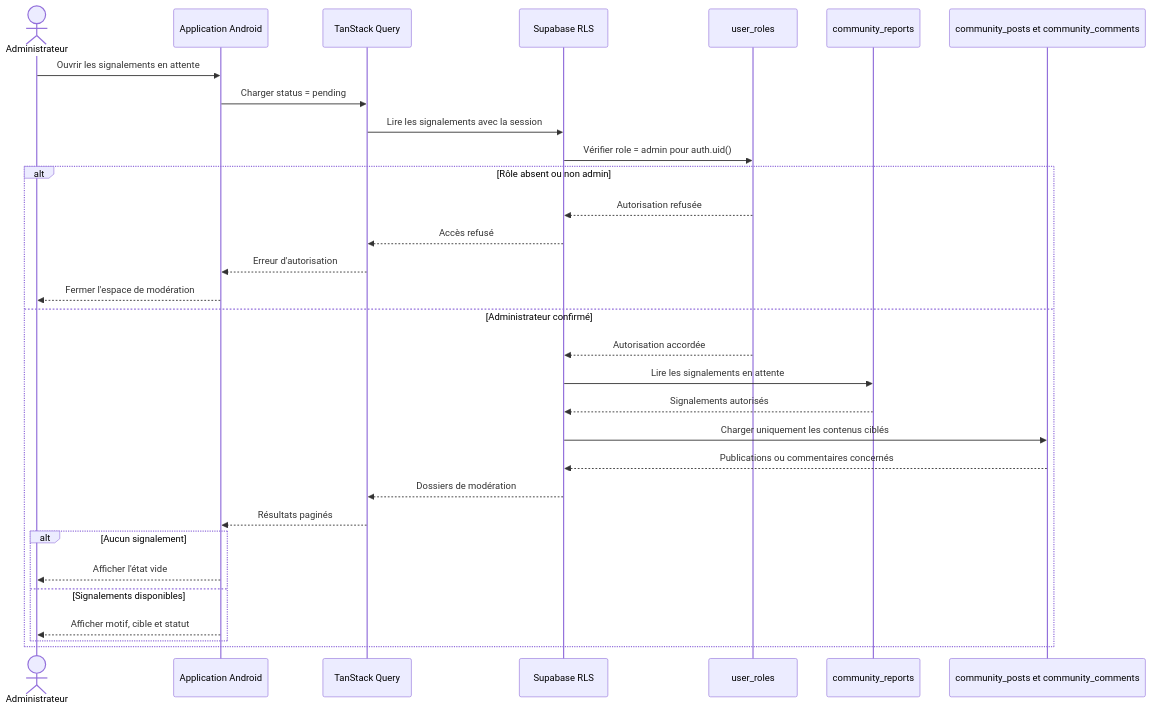
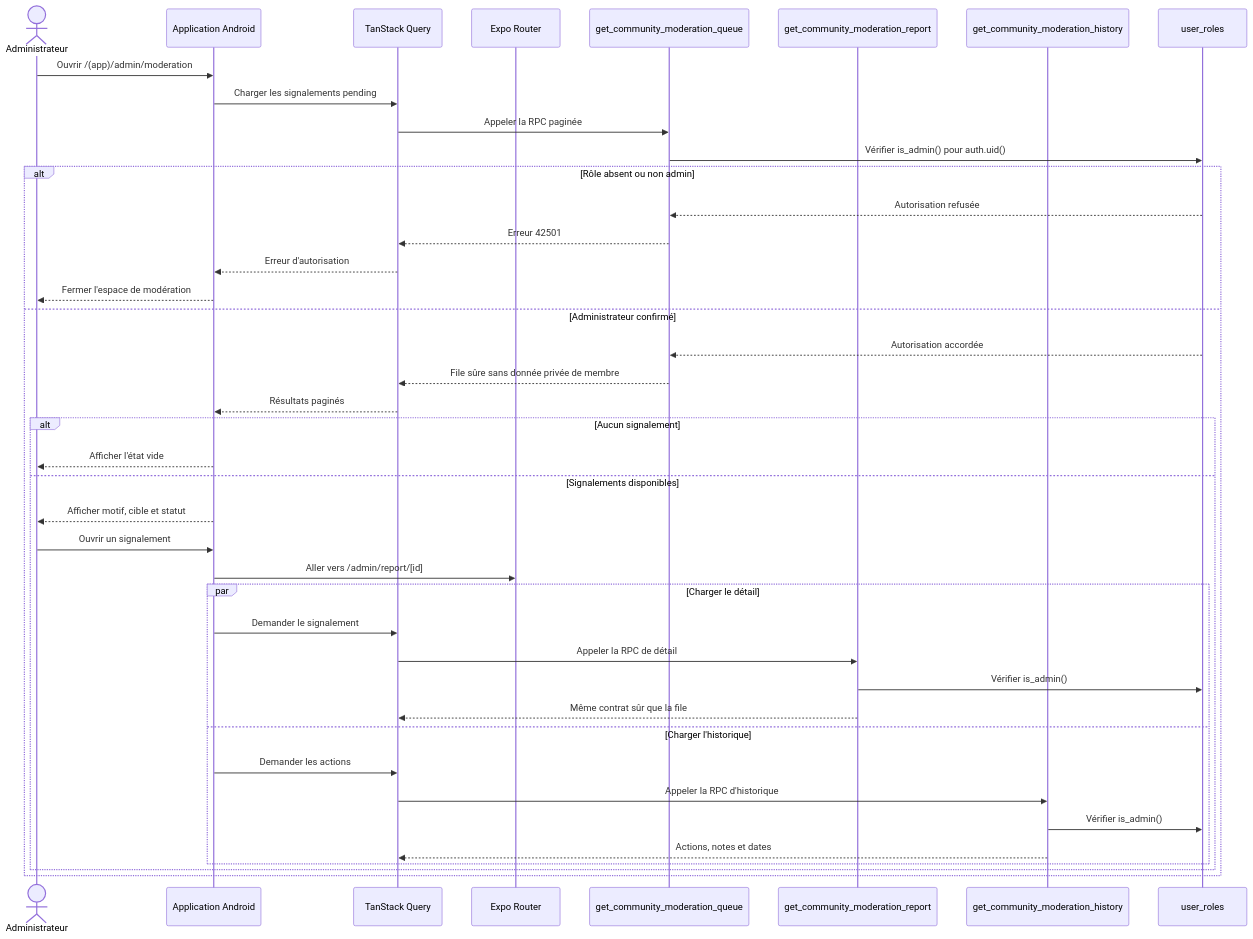
The second of 7 diagrams in docs/sequence-moderation.md (Loik940/DREPA), drawn with Mermaid before and after one commit. The commit also changed other lines of this file and 22 other files, not shown here.

First line of the commit message:
feat: add secure community moderation

````diff
--- a/docs/sequence-moderation.md
+++ b/docs/sequence-moderation.md
@@ -40,34 +40,44 @@
 ```mermaid
 sequenceDiagram
     actor Admin as Administrateur
     participant A as Application Android
     participant Q as TanStack Query
-    participant RLS as Supabase RLS
+    participant Router as Expo Router
+    participant Queue as get_community_moderation_queue
+    participant Detail as get_community_moderation_report
+    participant History as get_community_moderation_history
     participant Roles as user_roles
-    participant Reports as community_reports
-    participant Content as community_posts et community_comments
 
-    Admin->>A: Ouvrir les signalements en attente
-    A->>Q: Charger status = pending
-    Q->>RLS: Lire les signalements avec la session
-    RLS->>Roles: Vérifier role = admin pour auth.uid()
+    Admin->>A: Ouvrir /(app)/admin/moderation
+    A->>Q: Charger les signalements pending
+    Q->>Queue: Appeler la RPC paginée
+    Queue->>Roles: Vérifier is_admin() pour auth.uid()
     alt Rôle absent ou non admin
-        Roles-->>RLS: Autorisation refusée
-        RLS-->>Q: Accès refusé
+        Roles-->>Queue: Autorisation refusée
+        Queue-->>Q: Erreur 42501
         Q-->>A: Erreur d'autorisation
         A-->>Admin: Fermer l'espace de modération
     else Administrateur confirmé
-        Roles-->>RLS: Autorisation accordée
-        RLS->>Reports: Lire les signalements en attente
-        Reports-->>RLS: Signalements autorisés
-        RLS->>Content: Charger uniquement les contenus ciblés
-        Content-->>RLS: Publications ou commentaires concernés
-        RLS-->>Q: Dossiers de modération
+        Roles-->>Queue: Autorisation accordée
+        Queue-->>Q: File sûre sans donnée privée de membre
         Q-->>A: Résultats paginés
         alt Aucun signalement
             A-->>Admin: Afficher l'état vide
         else Signalements disponibles
             A-->>Admin: Afficher motif, cible et statut
+            Admin->>A: Ouvrir un signalement
+            A->>Router: Aller vers /admin/report/[id]
+            par Charger le détail
+                A->>Q: Demander le signalement
+                Q->>Detail: Appeler la RPC de détail
+                Detail->>Roles: Vérifier is_admin()
+                Detail-->>Q: Même contrat sûr que la file
+            and Charger l'historique
+                A->>Q: Demander les actions
+                Q->>History: Appeler la RPC d'historique
+                History->>Roles: Vérifier is_admin()
+                History-->>Q: Actions, notes et dates
+            end
         end
     end
 ```
````
